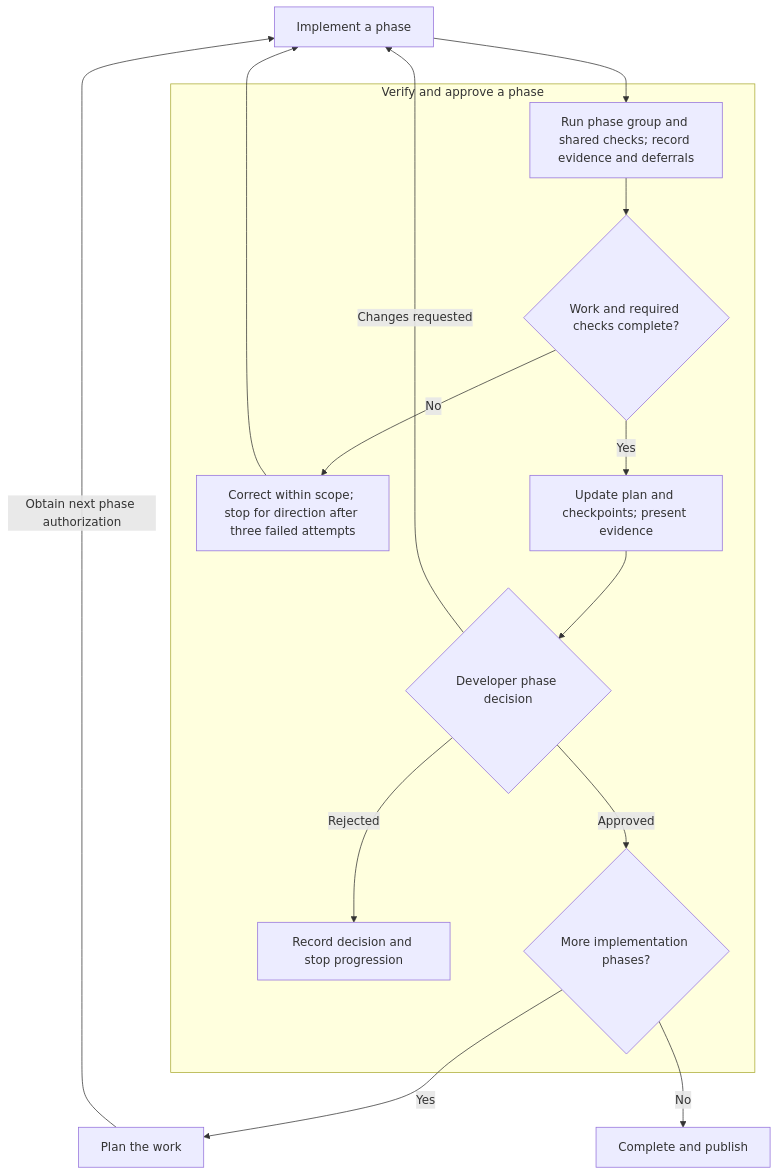
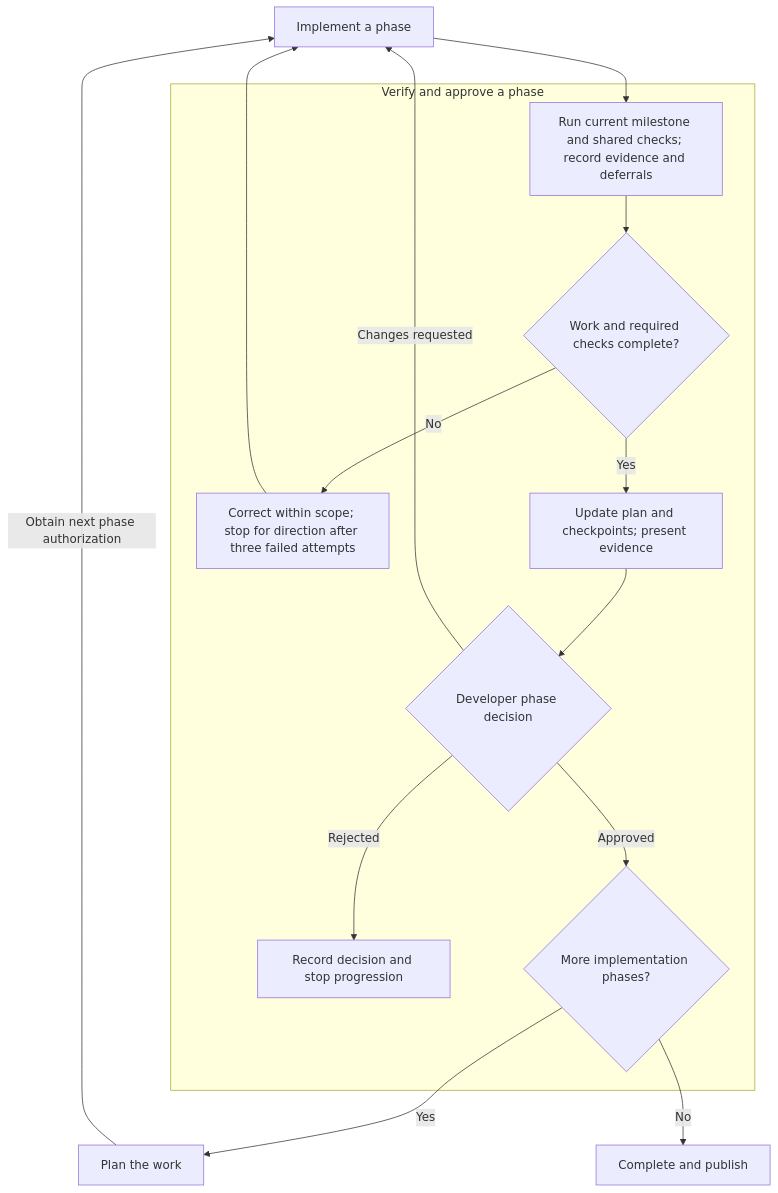
The fifth of 6 diagrams in docs/development-workflow.md (jimthompson5802/agentic-ml), drawn with Mermaid before and after one commit. The commit also changed other lines of this file and 24 other files, not shown here.

````diff
--- a/docs/development-workflow.md
+++ b/docs/development-workflow.md
@@ -87,17 +87,17 @@
 ```mermaid
 flowchart TD
     Before[Implement a phase] --> A
     subgraph Verify[Verify and approve a phase]
-        A[Run phase group and shared checks; record evidence and deferrals] --> B{Work and required checks complete?}
+        A[Run current milestone and shared checks; record evidence and deferrals] --> B{Work and required checks complete?}
         B -- No --> C[Correct within scope; stop for direction after three failed attempts]
         B -- Yes --> D[Update plan and checkpoints; present evidence]
         D --> E{Developer phase decision}
         E -- Rejected --> F[Record decision and stop progression]
         E -- Approved --> G{More implementation phases?}
     end
     C --> Before
     E -- Changes requested --> Before
     G -- Yes --> Plan[Plan the work]
     Plan -- Obtain next phase authorization --> Before
     G -- No --> After[Complete and publish]
 ```
````
